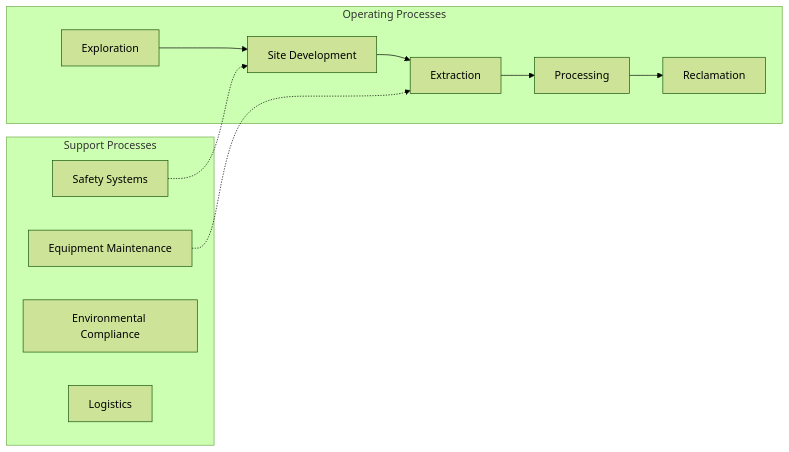
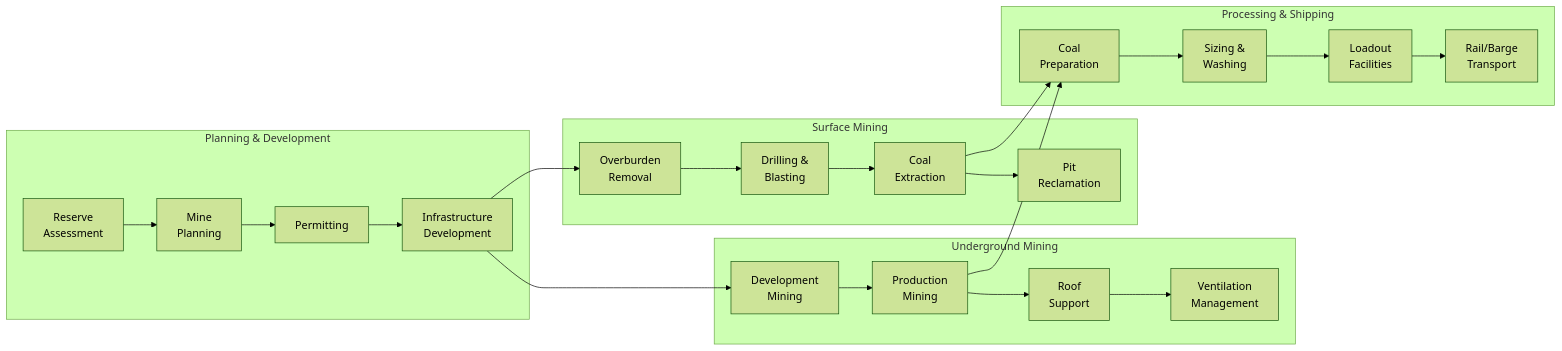
The second of 3 diagrams in industries/Mining/CoalMining/index.mdx (kziemski/business.org.ai), drawn with Mermaid (forest theme) before and after one commit. The commit also changed other lines of this file and 67 other files, not shown here.

````diff
--- a/industries/Mining/CoalMining/index.mdx
+++ b/industries/Mining/CoalMining/index.mdx
@@ -44,24 +83,37 @@
 ```mermaid
 flowchart LR
-    subgraph Operating["Operating Processes"]
-        O1["Exploration"]
-        O2["Site Development"]
-        O3["Extraction"]
-        O4["Processing"]
-        O5["Reclamation"]
+    subgraph Planning["Planning & Development"]
+        P1["Reserve<br/>Assessment"]
+        P2["Mine<br/>Planning"]
+        P3["Permitting"]
+        P4["Infrastructure<br/>Development"]
     end
 
-    subgraph Support["Support Processes"]
-        S1["Safety Systems"]
-        S2["Equipment Maintenance"]
-        S3["Environmental Compliance"]
-        S4["Logistics"]
+    subgraph Surface["Surface Mining"]
+        S1["Overburden<br/>Removal"]
+        S2["Drilling &<br/>Blasting"]
+        S3["Coal<br/>Extraction"]
+        S4["Pit<br/>Reclamation"]
     end
 
-    O1 --> O2
-    O2 --> O3
-    O3 --> O4
-    O4 --> O5
-    S1 -.-> O2
-    S2 -.-> O3
+    subgraph Underground["Underground Mining"]
+        U1["Development<br/>Mining"]
+        U2["Production<br/>Mining"]
+        U3["Roof<br/>Support"]
+        U4["Ventilation<br/>Management"]
+    end
+
+    subgraph Processing["Processing & Shipping"]
+        PR1["Coal<br/>Preparation"]
+        PR2["Sizing &<br/>Washing"]
+        PR3["Loadout<br/>Facilities"]
+        PR4["Rail/Barge<br/>Transport"]
+    end
+
+    P1 --> P2 --> P3 --> P4
+    P4 --> S1 --> S2 --> S3 --> S4
+    P4 --> U1 --> U2 --> U3 --> U4
+    S3 --> PR1
+    U2 --> PR1
+    PR1 --> PR2 --> PR3 --> PR4
 ```
````
